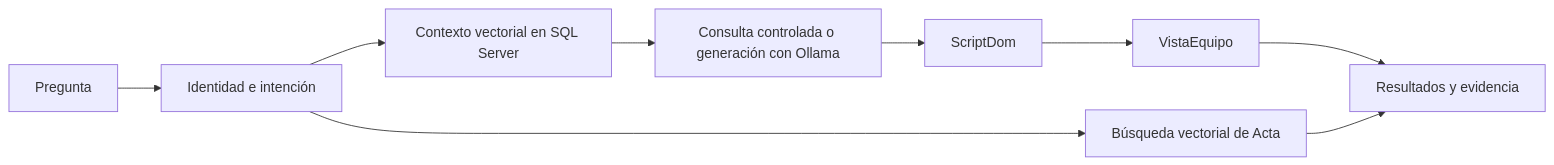
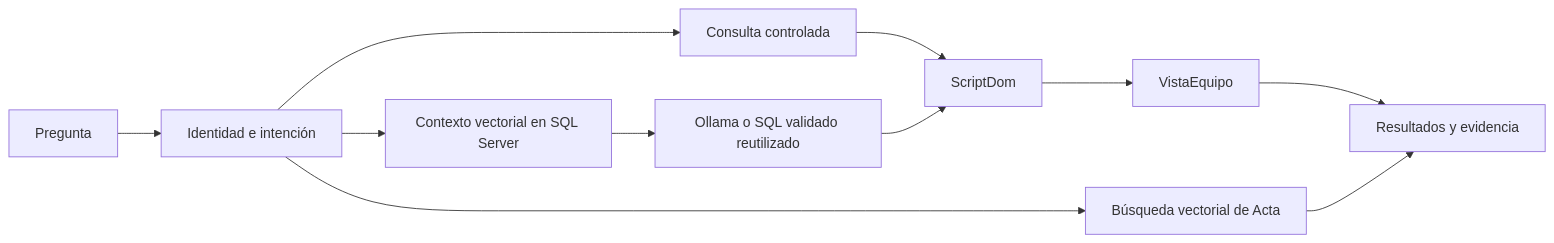
Before and after one commit to Wilixs102/SynerGy-Rag-Inventario: the diagram in README.md, drawn with Mermaid. The commit also changed other lines of this file and 25 other files, not shown here.

````diff
--- a/README.md
+++ b/README.md
@@ -21,11 +21,13 @@
 ```mermaid
 flowchart LR
   P[Pregunta] --> I[Identidad e intención]
   I --> V[Contexto vectorial en SQL Server]
-  V --> T[Consulta controlada o generación con Ollama]
+  I --> C[Consulta controlada]
+  C --> S[ScriptDom]
+  V --> T[Ollama o SQL validado reutilizado]
   T --> S[ScriptDom]
   S --> E[VistaEquipo]
   I --> A[Búsqueda vectorial de Acta]
   E --> R[Resultados y evidencia]
   A --> R
 ```
````
